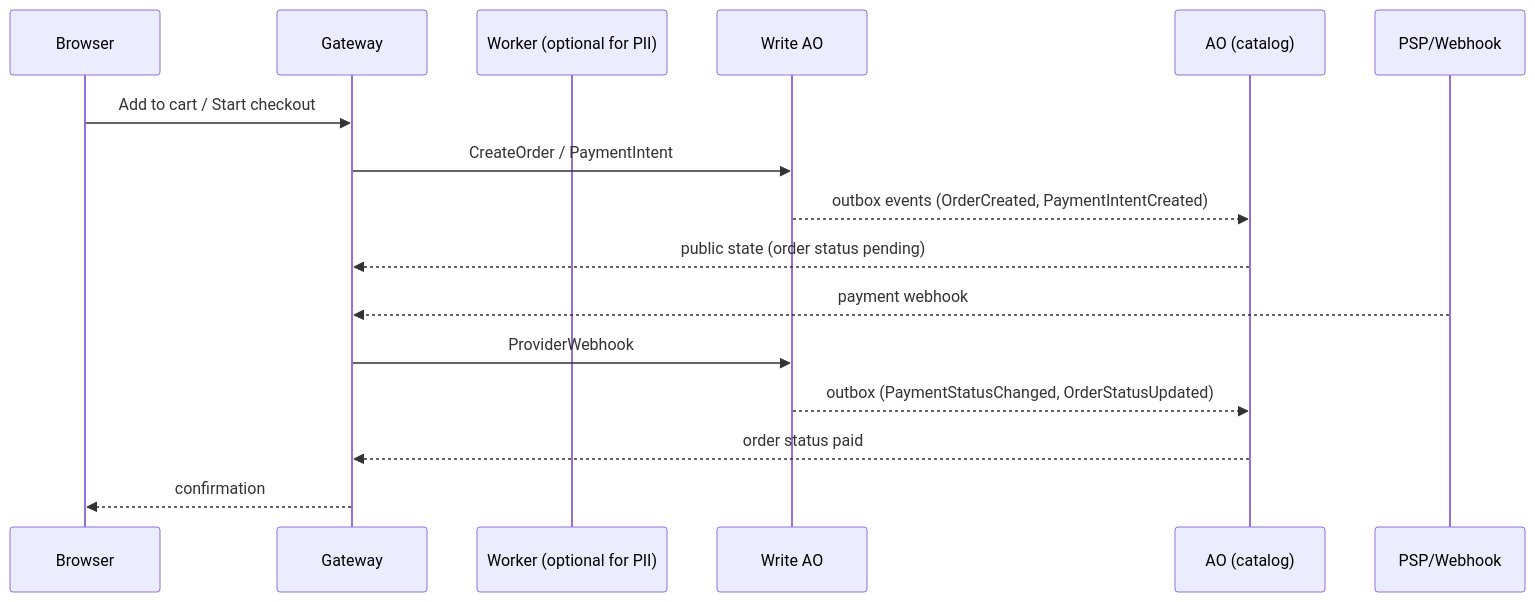
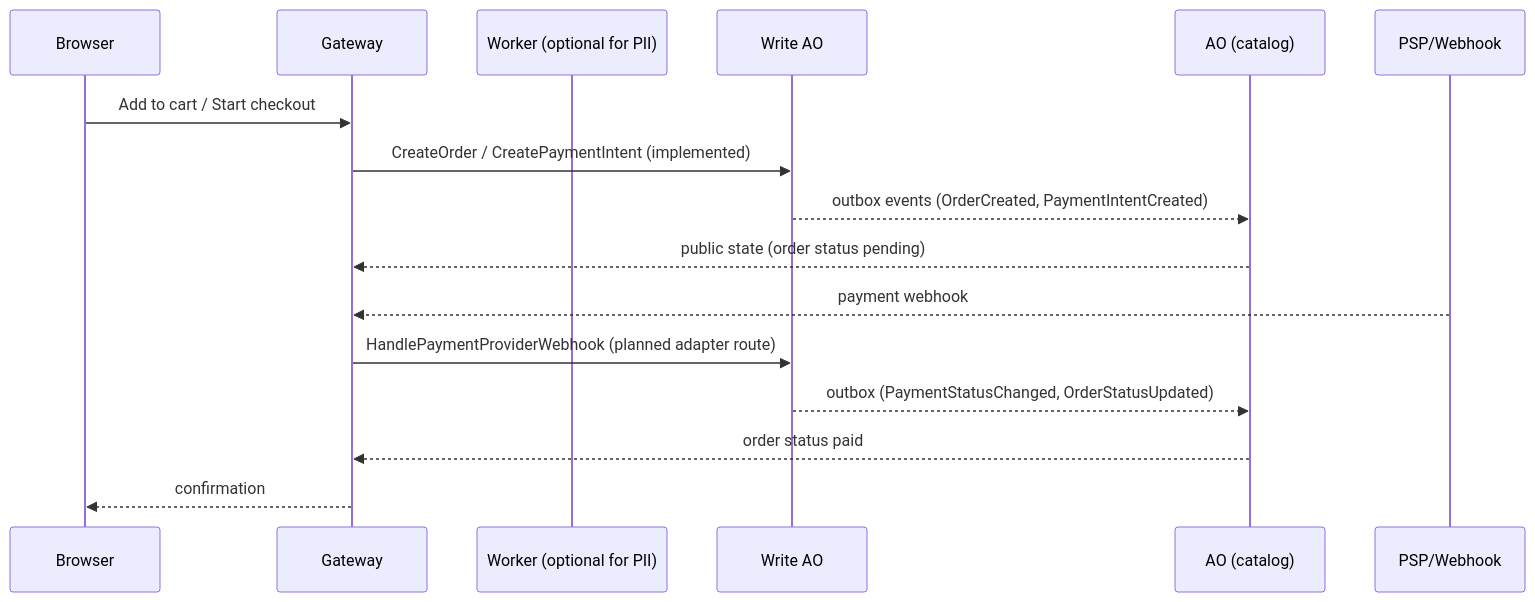
One commit to Vito416/blackcat-darkmesh-ao changed the first of 5 diagrams in docs/architecture/06-flows.md. Above: the diagram before and after it, drawn with Mermaid. The commit also changed other lines of this file and 58 other files, not shown here.

````diff
--- a/docs/architecture/06-flows.md
+++ b/docs/architecture/06-flows.md
@@ -14,18 +22,18 @@
 ```mermaid
 sequenceDiagram
   participant B as Browser
   participant G as Gateway
   participant W as Worker (optional for PII)
   participant WR as Write AO
   participant AO as AO (catalog)
   participant PSP as PSP/Webhook
   B->>G: Add to cart / Start checkout
-  G->>WR: CreateOrder / PaymentIntent
+  G->>WR: CreateOrder / CreatePaymentIntent (implemented)
   WR-->>AO: outbox events (OrderCreated, PaymentIntentCreated)
   AO-->>G: public state (order status pending)
   PSP-->>G: payment webhook
-  G->>WR: ProviderWebhook
+  G->>WR: HandlePaymentProviderWebhook (planned adapter route)
   WR-->>AO: outbox (PaymentStatusChanged, OrderStatusUpdated)
   AO-->>G: order status paid
   G-->>B: confirmation
 ```
````
